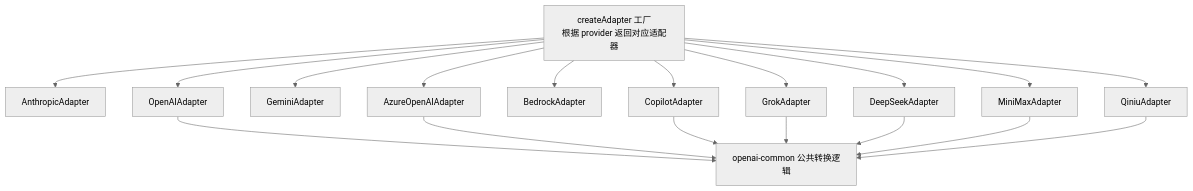
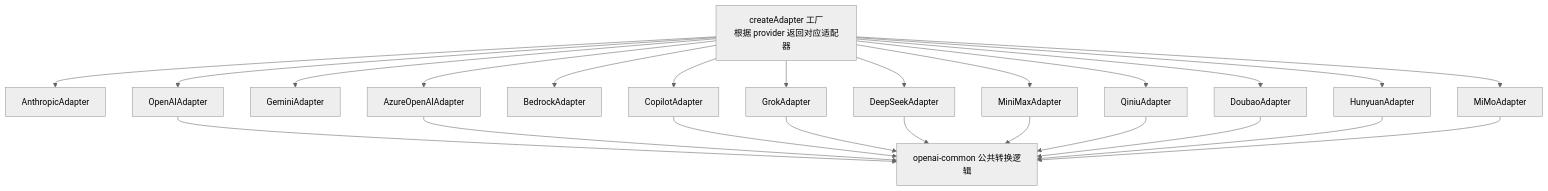
Before and after one commit to haolange/open-multi-agent: the first of 3 diagrams in .qoder/repowiki/zh/content/LLM 适配器/内置提供商/内置提供商.md, drawn with Mermaid (neutral theme). The commit also changed other lines of this file and 5 other files, not shown here.

````diff
--- a/.qoder/repowiki/zh/content/LLM 适配器/内置提供商/内置提供商.md
+++ b/.qoder/repowiki/zh/content/LLM 适配器/内置提供商/内置提供商.md
@@ -47,20 +66,26 @@
 ```mermaid
 graph TB
 Factory["createAdapter 工厂<br/>根据 provider 返回对应适配器"] --> Anthropic["AnthropicAdapter"]
 Factory --> OpenAI["OpenAIAdapter"]
 Factory --> Gemini["GeminiAdapter"]
 Factory --> Azure["AzureOpenAIAdapter"]
 Factory --> Bedrock["BedrockAdapter"]
 Factory --> Copilot["CopilotAdapter"]
 Factory --> Grok["GrokAdapter"]
 Factory --> DeepSeek["DeepSeekAdapter"]
 Factory --> MiniMax["MiniMaxAdapter"]
 Factory --> Qiniu["QiniuAdapter"]
+Factory --> Doubao["DoubaoAdapter"]
+Factory --> Hunyuan["HunyuanAdapter"]
+Factory --> Mimo["MiMoAdapter"]
 OpenAI --> OpenAICommon["openai-common 公共转换逻辑"]
 Azure --> OpenAICommon
 Copilot --> OpenAICommon
 Grok --> OpenAICommon
 DeepSeek --> OpenAICommon
 MiniMax --> OpenAICommon
 Qiniu --> OpenAICommon
+Doubao --> OpenAICommon
+Hunyuan --> OpenAICommon
+Mimo --> OpenAICommon
 ```
````
